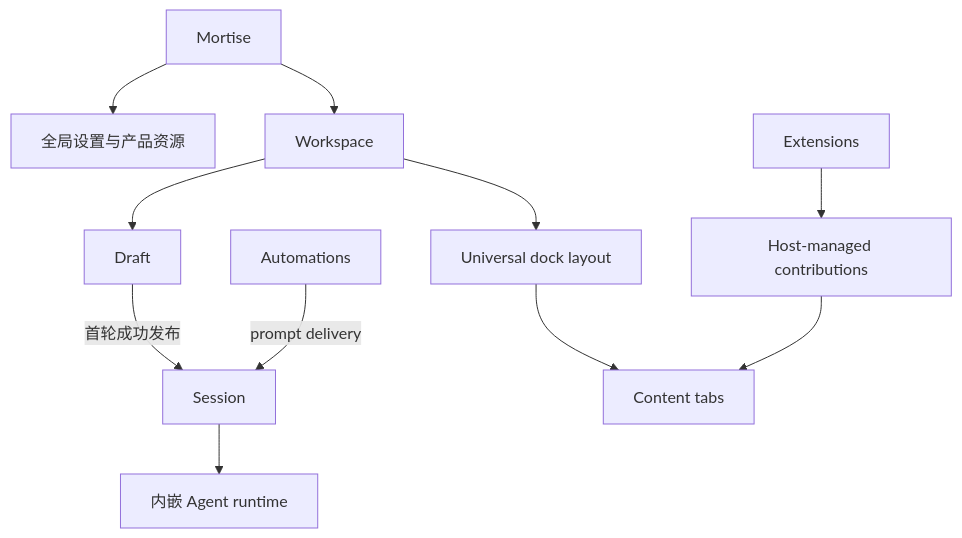
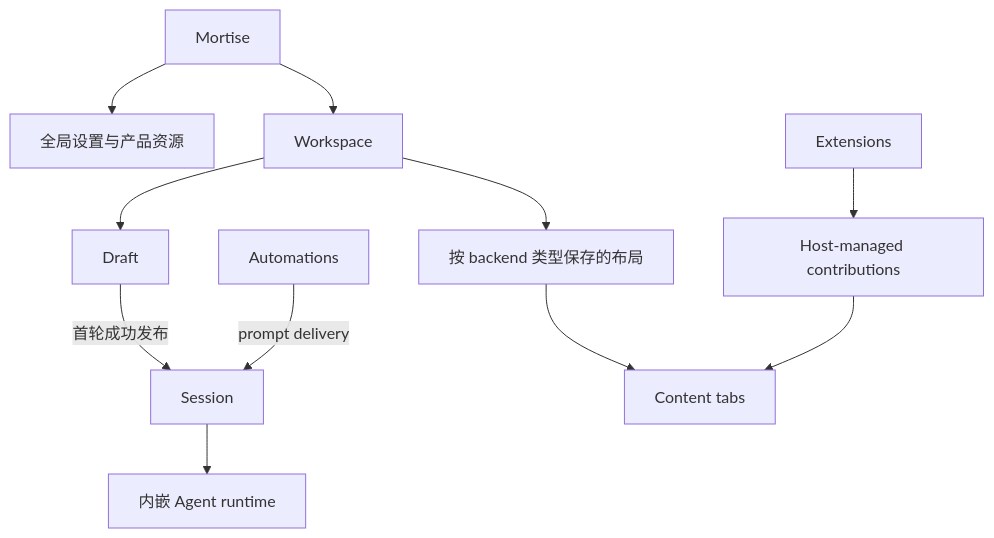
One commit to hrhgit/my-craft-agents-oss changed the first of 2 diagrams in docs/product-semantics.md. Above: the diagram before and after it, drawn with Mermaid. The commit also changed other lines of this file and 77 other files, not shown here.

````diff
--- a/docs/product-semantics.md
+++ b/docs/product-semantics.md
@@ -35,25 +35,25 @@
 ```mermaid
 flowchart TD
     Mortise["Mortise"]
     Global["全局设置与产品资源"]
     Workspace["Workspace"]
     Draft["Draft"]
     Session["Session"]
-    Layout["Universal dock layout"]
+    Layout["按 backend 类型保存的布局"]
     Content["Content tabs"]
     Runtime["内嵌 Agent runtime"]
     Extension["Extensions"]
     Contribution["Host-managed contributions"]
     Automation["Automations"]
 
     Mortise --> Global
     Mortise --> Workspace
     Workspace --> Draft
     Draft -->|"首轮成功发布"| Session
     Workspace --> Layout
     Layout --> Content
     Session --> Runtime
     Extension --> Contribution
     Contribution --> Content
     Automation -->|"prompt delivery"| Session
 ```
````
